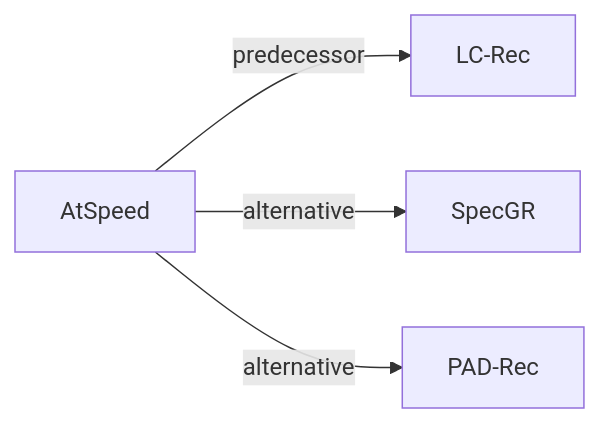
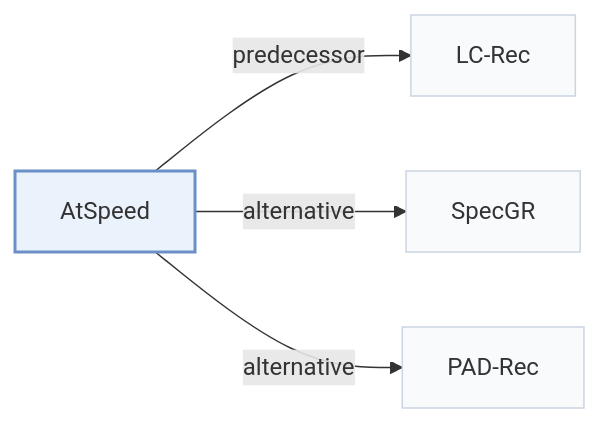
The second of 2 diagrams in pages/papers/atspeed.md (Galaxy-ghost/Awesome-SID-Generative-Rec), drawn with Mermaid before and after one commit. The commit also changed other lines of this file and 649 other files, not shown here.

Commit message:
writer-05: also tags and modality index (schema, check, build, visuals); summary field removed; calibration data for 12 papers

````diff
--- a/pages/papers/atspeed.md
+++ b/pages/papers/atspeed.md
@@ -68,7 +74,11 @@
 ```mermaid
 flowchart LR
     P["AtSpeed"]
-    P -->|predecessor| A["LC-Rec"]
-    P -->|alternative| B["SpecGR"]
-    P -->|alternative| C["PAD-Rec"]
+    P -->|"predecessor"| A["LC-Rec"]
+    P -->|"alternative"| B["SpecGR"]
+    P -->|"alternative"| C["PAD-Rec"]
+    classDef main fill:#eaf2fb,stroke:#6b8fc7,stroke-width:2px
+    classDef peer fill:#f8fafc,stroke:#cbd5e1
+    class P main
+    class A,B,C peer
 ```
````
